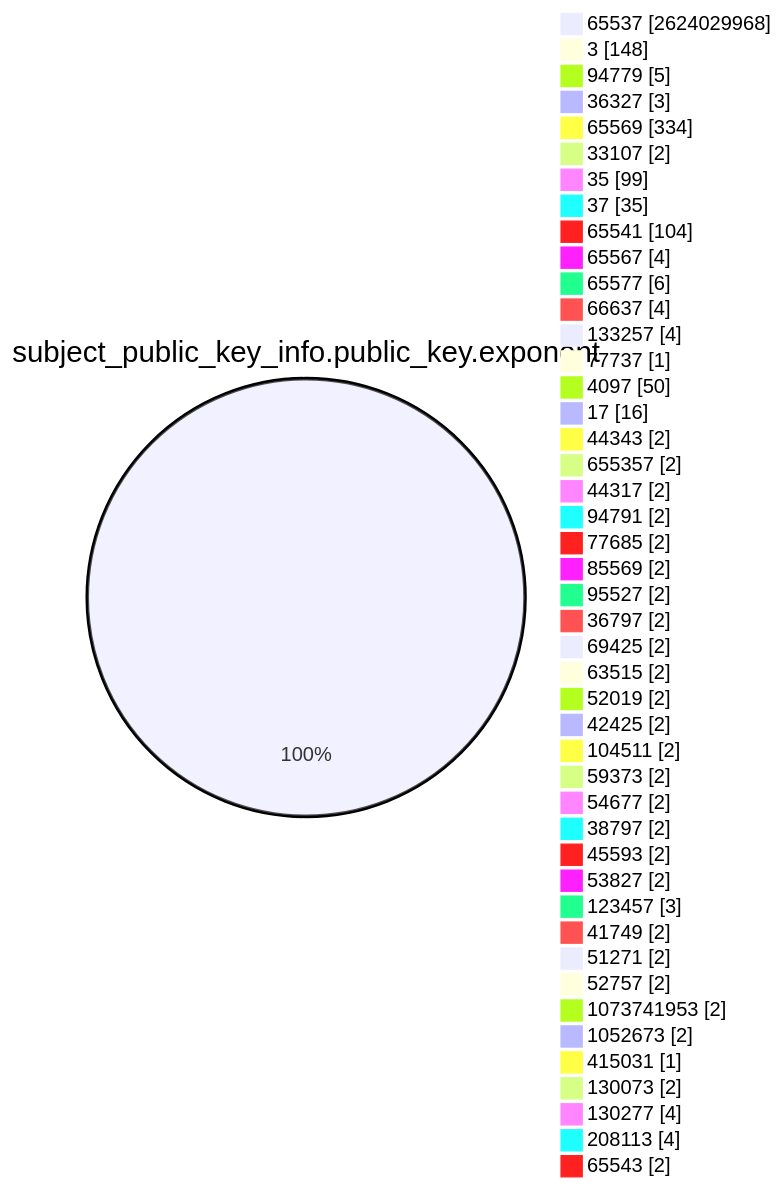
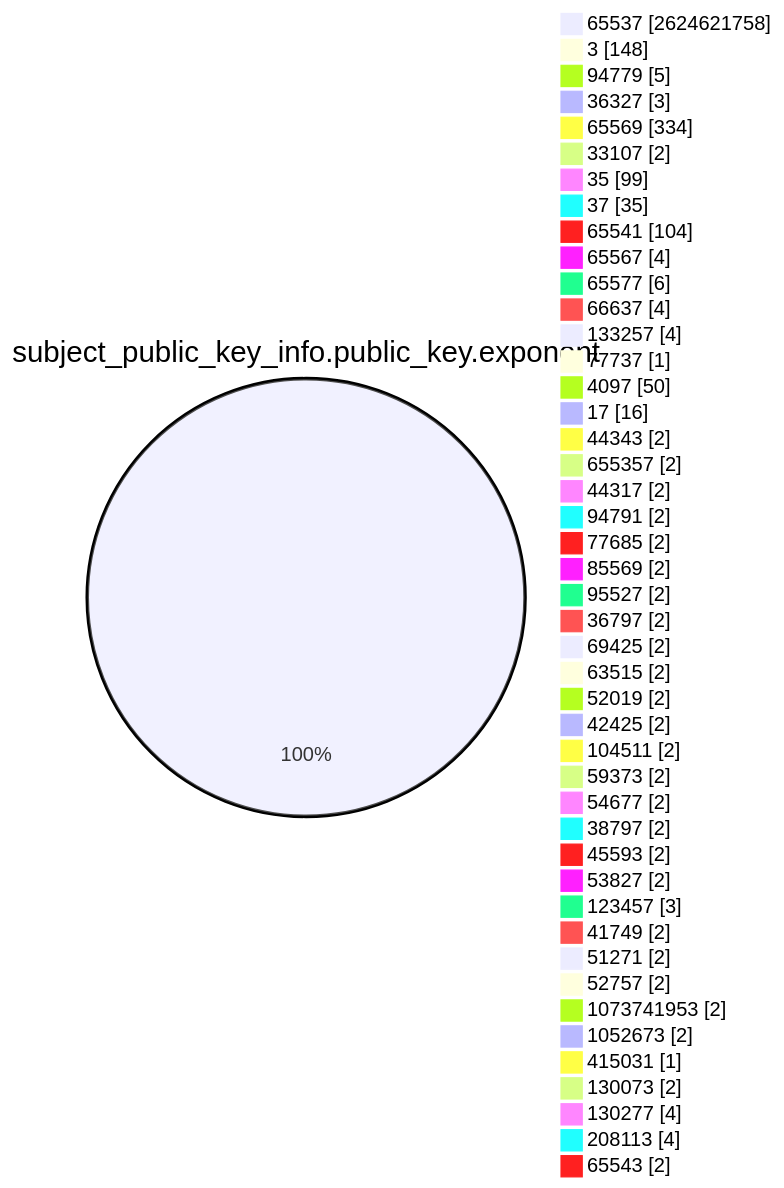
The fourth of 15 diagrams in TOTAL/README.md (christiankrug/ctmonitor_visualization), drawn with Mermaid before and after one commit. The commit also changed other lines of this file, not shown here.

````diff
--- a/TOTAL/README.md
+++ b/TOTAL/README.md
@@ -1467,49 +1467,49 @@
 ```mermaid
 pie showData
 title subject_public_key_info.public_key.exponent
-"65537" :2624029968
+"65537" :2624621758
 "3" :148
 "94779" :5
 "36327" :3
 "65569" :334
 "33107" :2
 "35" :99
 "37" :35
 "65541" :104
 "65567" :4
 "65577" :6
 "66637" :4
 "133257" :4
 "77737" :1
 "4097" :50
 "17" :16
 "44343" :2
 "655357" :2
 "44317" :2
 "94791" :2
 "77685" :2
 "85569" :2
 "95527" :2
 "36797" :2
 "69425" :2
 "63515" :2
 "52019" :2
 "42425" :2
 "104511" :2
 "59373" :2
 "54677" :2
 "38797" :2
 "45593" :2
 "53827" :2
 "123457" :3
 "41749" :2
 "51271" :2
 "52757" :2
 "1073741953" :2
 "1052673" :2
 "415031" :1
 "130073" :2
 "130277" :4
 "208113" :4
 "65543" :2
 ```
````
